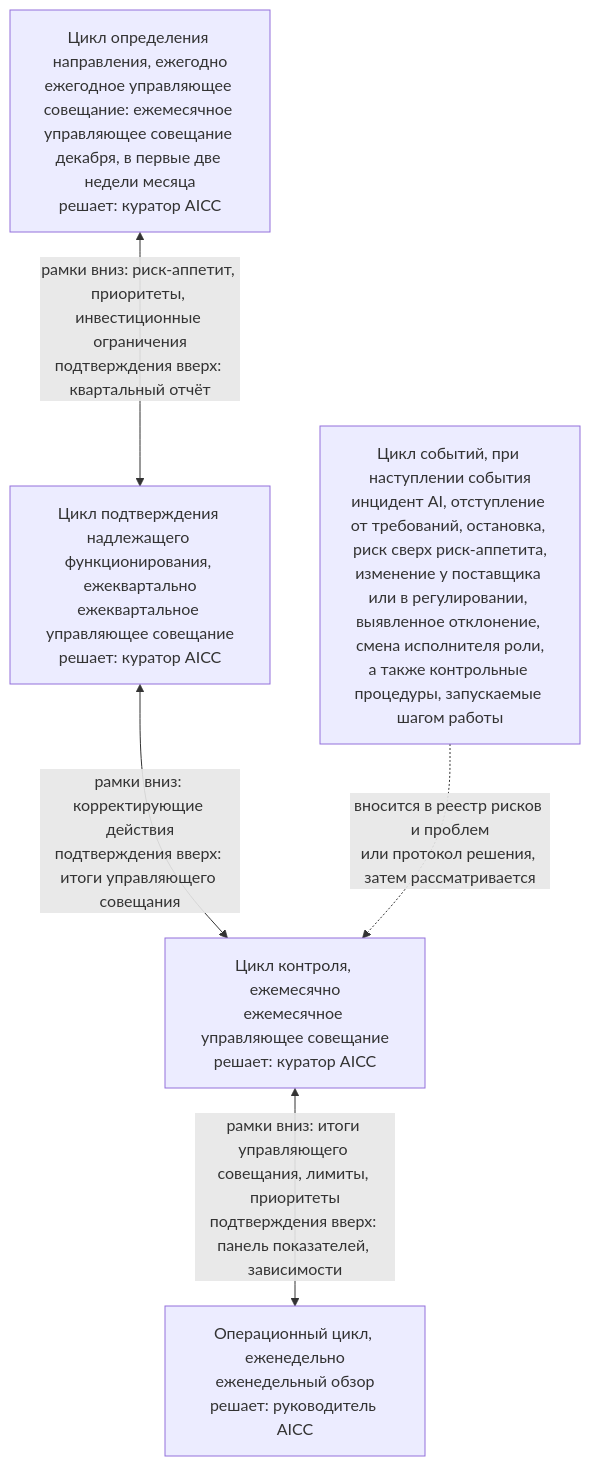
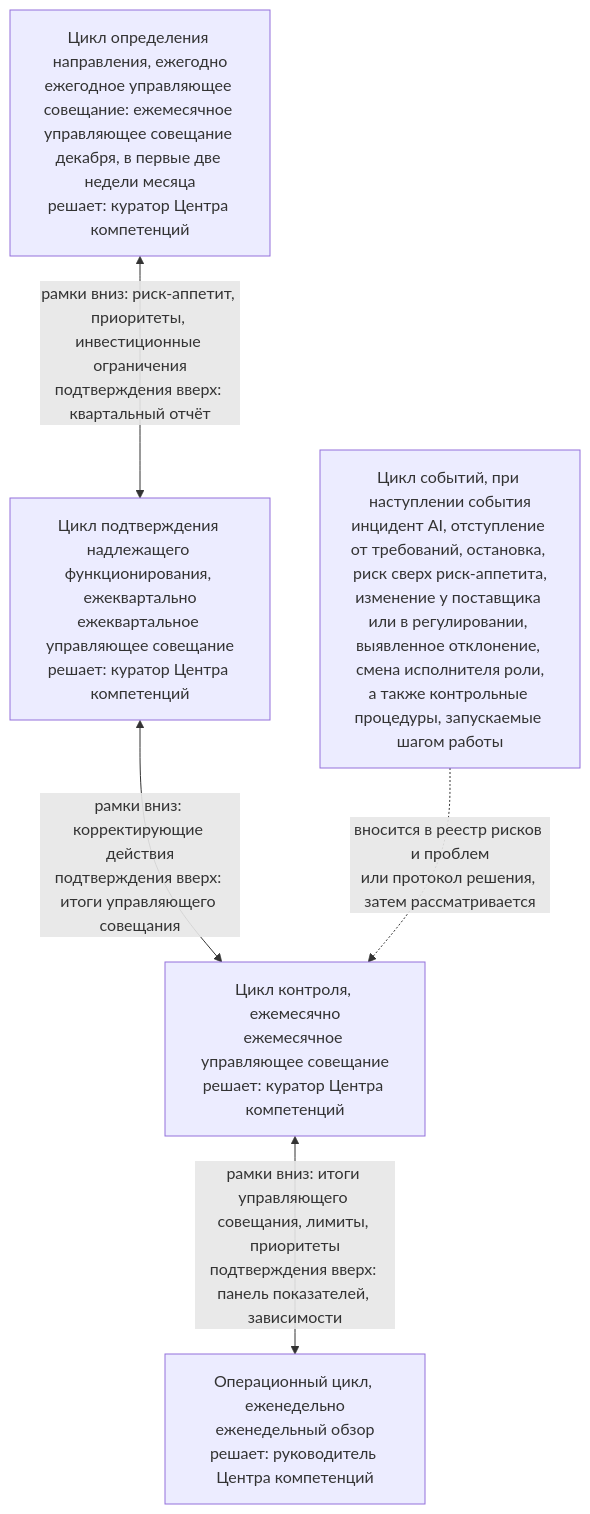
The first of 6 diagrams in charter/ru/workflows/unit-governance.md (devhogu/ob-aicc), drawn with Mermaid before and after one commit. The commit also changed other lines of this file and 1149 other files, not shown here.

````diff
--- a/charter/ru/workflows/unit-governance.md
+++ b/charter/ru/workflows/unit-governance.md
@@ -21,12 +21,12 @@
 ```mermaid
 flowchart TB
-  DI["Цикл определения направления, ежегодно<br/>ежегодное управляющее совещание: ежемесячное управляющее совещание декабря, в первые две недели месяца<br/>решает: куратор AICC"]
-  AS["Цикл подтверждения надлежащего функционирования, ежеквартально<br/>ежеквартальное управляющее совещание<br/>решает: куратор AICC"]
-  CO["Цикл контроля, ежемесячно<br/>ежемесячное управляющее совещание<br/>решает: куратор AICC"]
-  OP["Операционный цикл, еженедельно<br/>еженедельный обзор<br/>решает: руководитель AICC"]
+  DI["Цикл определения направления, ежегодно<br/>ежегодное управляющее совещание: ежемесячное управляющее совещание декабря, в первые две недели месяца<br/>решает: куратор Центра компетенций"]
+  AS["Цикл подтверждения надлежащего функционирования, ежеквартально<br/>ежеквартальное управляющее совещание<br/>решает: куратор Центра компетенций"]
+  CO["Цикл контроля, ежемесячно<br/>ежемесячное управляющее совещание<br/>решает: куратор Центра компетенций"]
+  OP["Операционный цикл, еженедельно<br/>еженедельный обзор<br/>решает: руководитель Центра компетенций"]
   DI <-->|"рамки вниз: риск-аппетит, приоритеты, инвестиционные ограничения<br/>подтверждения вверх: квартальный отчёт"| AS
   AS <-->|"рамки вниз: корректирующие действия<br/>подтверждения вверх: итоги управляющего совещания"| CO
   CO <-->|"рамки вниз: итоги управляющего совещания, лимиты, приоритеты<br/>подтверждения вверх: панель показателей, зависимости"| OP
   EV["Цикл событий, при наступлении события<br/>инцидент AI, отступление от требований, остановка, риск сверх риск-аппетита,<br/>изменение у поставщика или в регулировании, выявленное отклонение, смена исполнителя роли,<br/>а также контрольные процедуры, запускаемые шагом работы"]
   EV -.->|"вносится в реестр рисков и проблем<br/>или протокол решения, затем рассматривается"| CO
 ```
````
